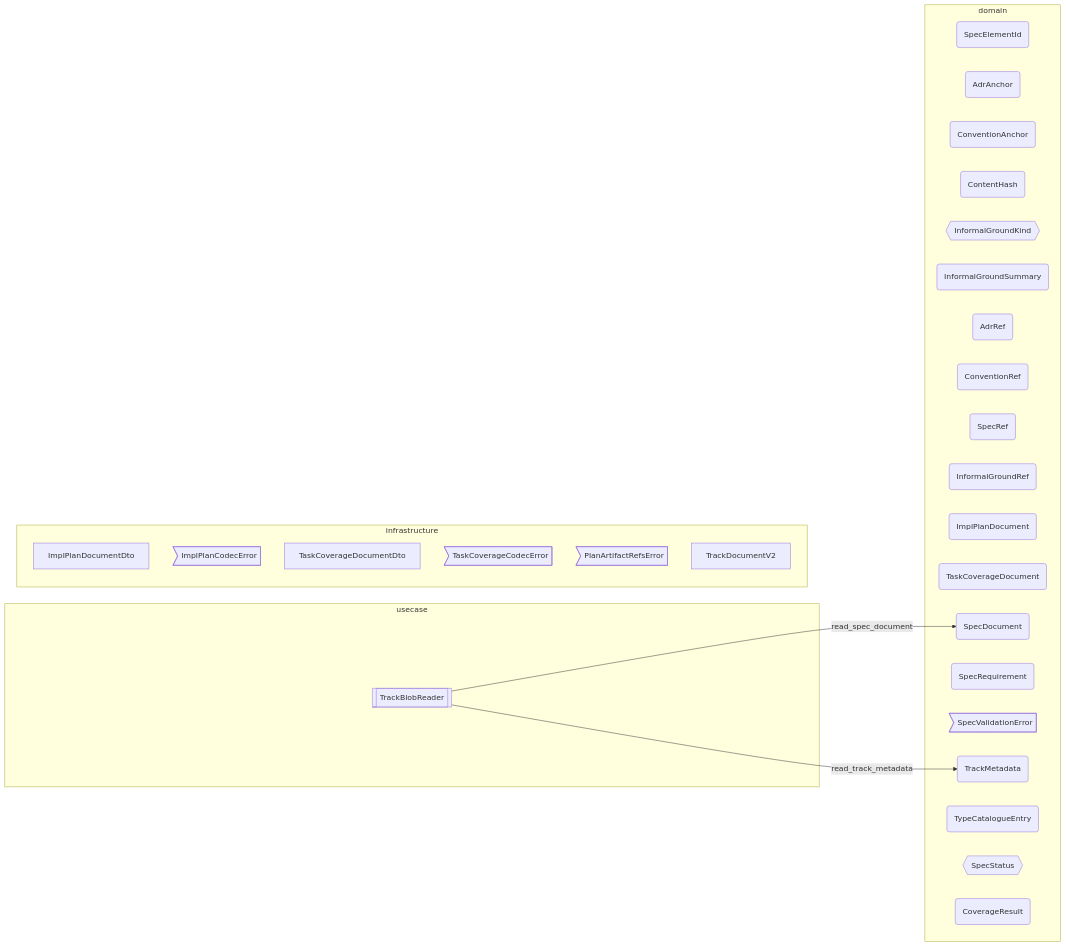
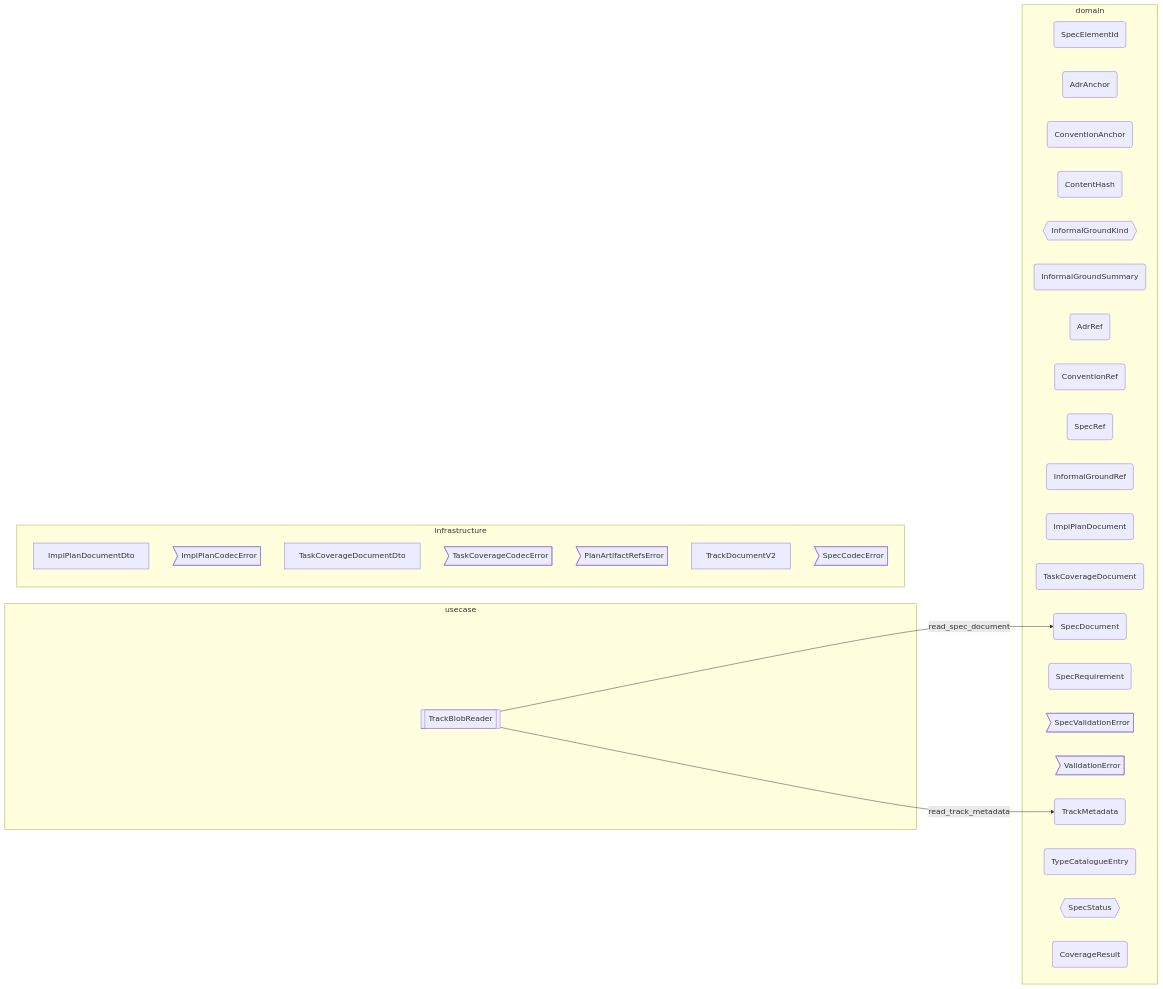
Before and after one commit to Flip451/SoTOHE-core: the diagram in track/items/plan-artifact-workflow-restructure-2026-04-19/contract-map.md, drawn with Mermaid. The commit also changed 27 other files, not shown here.

First line of the commit message:
impl(plan-artifact-workflow-restructure): T003 spec.json schema v2

````diff
--- a/track/items/plan-artifact-workflow-restructure-2026-04-19/contract-map.md
+++ b/track/items/plan-artifact-workflow-restructure-2026-04-19/contract-map.md
@@ -1,41 +1,43 @@
 ```mermaid
 flowchart LR
     classDef secondary_adapter fill:#fafafa,stroke:#999,stroke-dasharray: 4 4
     classDef command fill:#e3f2fd,stroke:#1976d2
     classDef query fill:#f3e5f5,stroke:#8e24aa
     classDef factory fill:#fff8e1,stroke:#f9a825
     subgraph domain [domain]
         L6_domain_SpecElementId(SpecElementId)
         L6_domain_AdrAnchor(AdrAnchor)
         L6_domain_ConventionAnchor(ConventionAnchor)
         L6_domain_ContentHash(ContentHash)
         L6_domain_InformalGroundKind{{InformalGroundKind}}
         L6_domain_InformalGroundSummary(InformalGroundSummary)
         L6_domain_AdrRef(AdrRef)
         L6_domain_ConventionRef(ConventionRef)
         L6_domain_SpecRef(SpecRef)
         L6_domain_InformalGroundRef(InformalGroundRef)
         L6_domain_ImplPlanDocument(ImplPlanDocument)
         L6_domain_TaskCoverageDocument(TaskCoverageDocument)
         L6_domain_SpecDocument(SpecDocument)
         L6_domain_SpecRequirement(SpecRequirement)
         L6_domain_SpecValidationError>SpecValidationError]
+        L6_domain_ValidationError>ValidationError]
         L6_domain_TrackMetadata(TrackMetadata)
         L6_domain_TypeCatalogueEntry(TypeCatalogueEntry)
         L6_domain_SpecStatus{{SpecStatus}}
         L6_domain_CoverageResult(CoverageResult)
     end
     subgraph usecase [usecase]
         L7_usecase_TrackBlobReader[[TrackBlobReader]]
     end
     subgraph infrastructure [infrastructure]
         L14_infrastructure_ImplPlanDocumentDto[ImplPlanDocumentDto]
         L14_infrastructure_ImplPlanCodecError>ImplPlanCodecError]
         L14_infrastructure_TaskCoverageDocumentDto[TaskCoverageDocumentDto]
         L14_infrastructure_TaskCoverageCodecError>TaskCoverageCodecError]
         L14_infrastructure_PlanArtifactRefsError>PlanArtifactRefsError]
         L14_infrastructure_TrackDocumentV2[TrackDocumentV2]
+        L14_infrastructure_SpecCodecError>SpecCodecError]
     end
     L7_usecase_TrackBlobReader -->|"read_spec_document"| L6_domain_SpecDocument
     L7_usecase_TrackBlobReader -->|"read_track_metadata"| L6_domain_TrackMetadata
 ```
````
